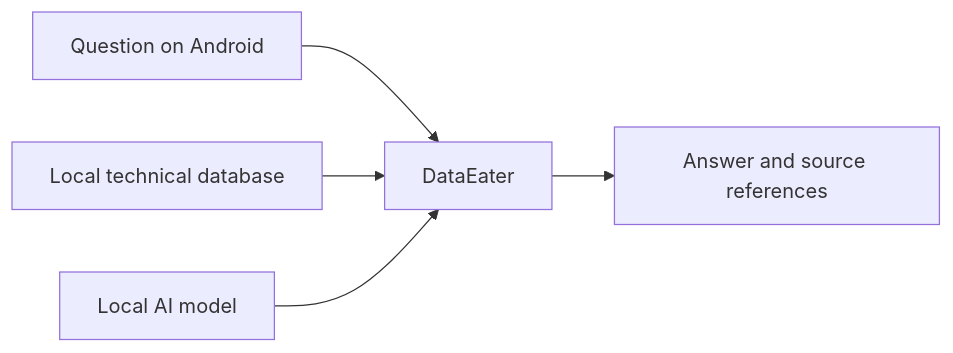
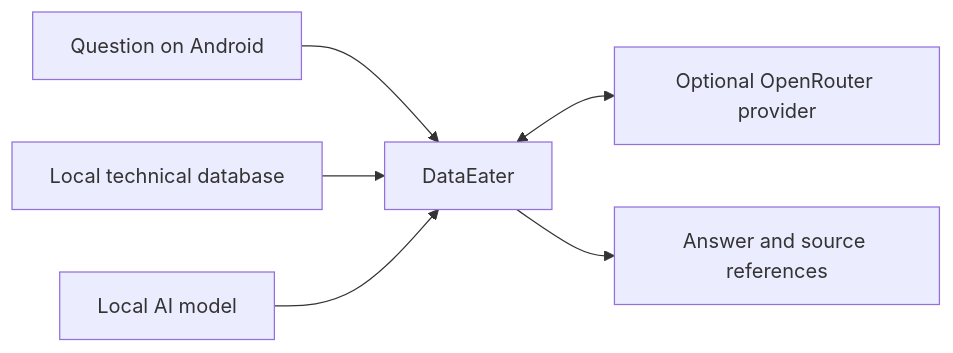
One commit to verum001/DataEater changed the diagram in docs/architecture.md. Above: the diagram before and after it, drawn with Mermaid. The commit also changed other lines of this file and 3 other files, not shown here.

````diff
--- a/docs/architecture.md
+++ b/docs/architecture.md
@@ -9,7 +9,8 @@
 ```mermaid
 flowchart LR
     U[Question on Android] --> A[DataEater]
     D[Local technical database] --> A
     M[Local AI model] --> A
+    A <--> O[Optional OpenRouter provider]
     A --> R[Answer and source references]
 ```
````
